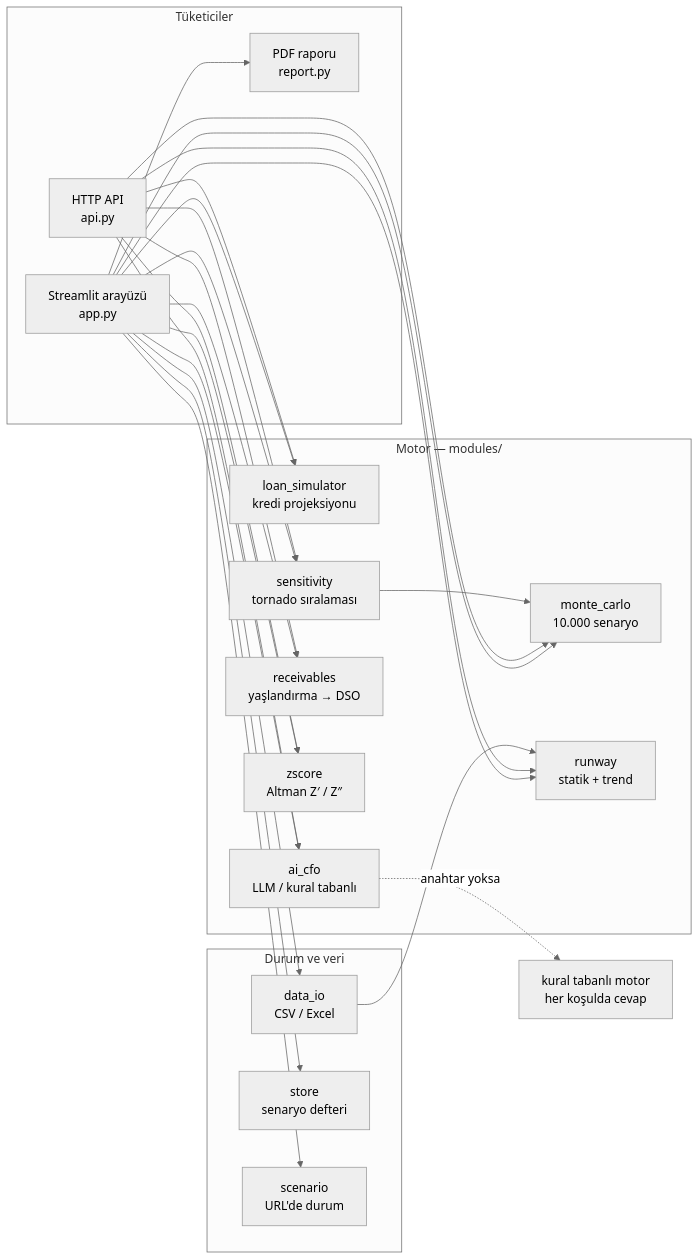
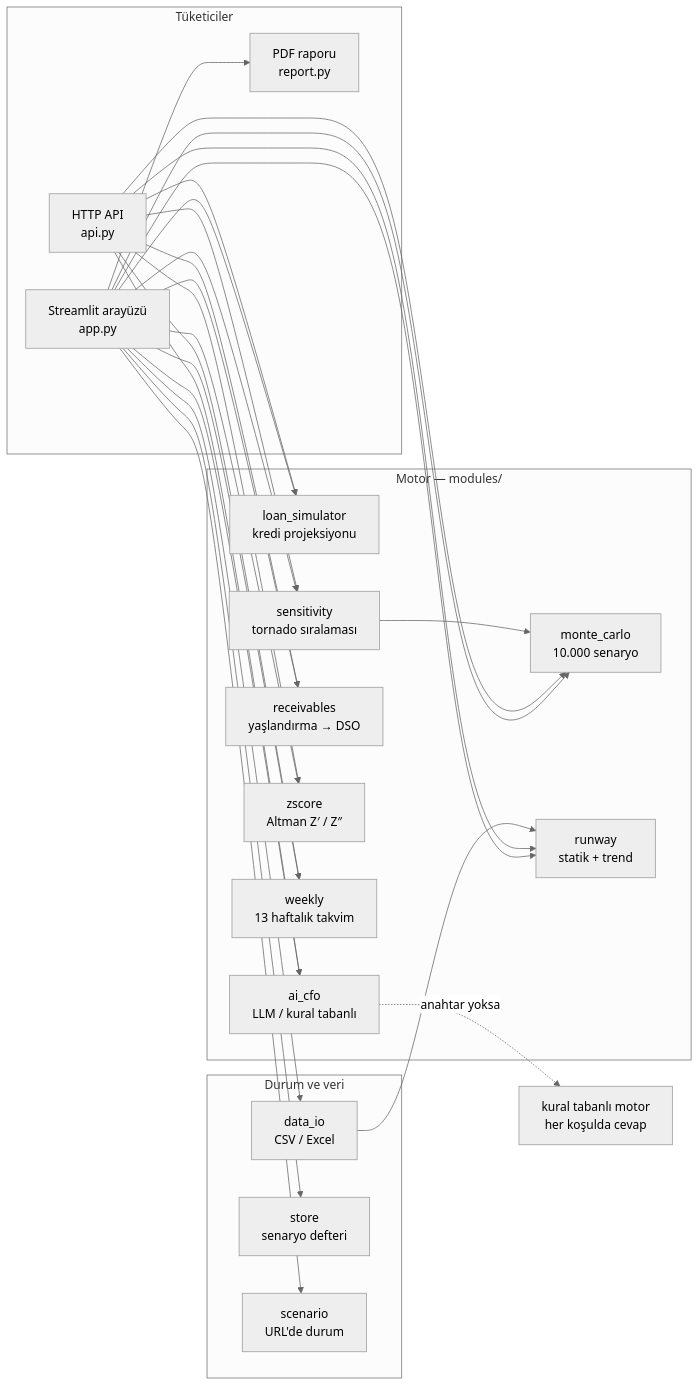
Before and after one commit to ealagoz233-cmd/cash-guard: the diagram in README.md, drawn with Mermaid (neutral theme). The commit also changed other lines of this file and 5 other files, not shown here.

````diff
--- a/README.md
+++ b/README.md
@@ -290,33 +299,34 @@
 ```mermaid
 flowchart LR
     subgraph T["Tüketiciler"]
         UI["Streamlit arayüzü<br/>app.py"]
         API["HTTP API<br/>api.py"]
         PDF["PDF raporu<br/>report.py"]
     end
 
     subgraph M["Motor — modules/"]
         LOAN["loan_simulator<br/>kredi projeksiyonu"]
         MC["monte_carlo<br/>10.000 senaryo"]
         SENS["sensitivity<br/>tornado sıralaması"]
         RECV["receivables<br/>yaşlandırma → DSO"]
         ZS["zscore<br/>Altman Z′ / Z″"]
+        WK["weekly<br/>13 haftalık takvim"]
         RW["runway<br/>statik + trend"]
         CFO["ai_cfo<br/>LLM / kural tabanlı"]
     end
 
     subgraph D["Durum ve veri"]
         IO["data_io<br/>CSV / Excel"]
         STORE["store<br/>senaryo defteri"]
         SCN["scenario<br/>URL'de durum"]
     end
 
-    UI --> LOAN & MC & SENS & RECV & ZS & RW & CFO
+    UI --> LOAN & MC & SENS & RECV & ZS & WK & RW & CFO
     UI --> IO & STORE & SCN
-    API --> LOAN & MC & SENS & RECV & ZS & RW & CFO
+    API --> LOAN & MC & SENS & RECV & ZS & WK & RW & CFO
     UI --> PDF
     IO --> RW
     SENS --> MC
 
     CFO -.->|anahtar yoksa| RULE["kural tabanlı motor<br/>her koşulda cevap"]
 ```
````
